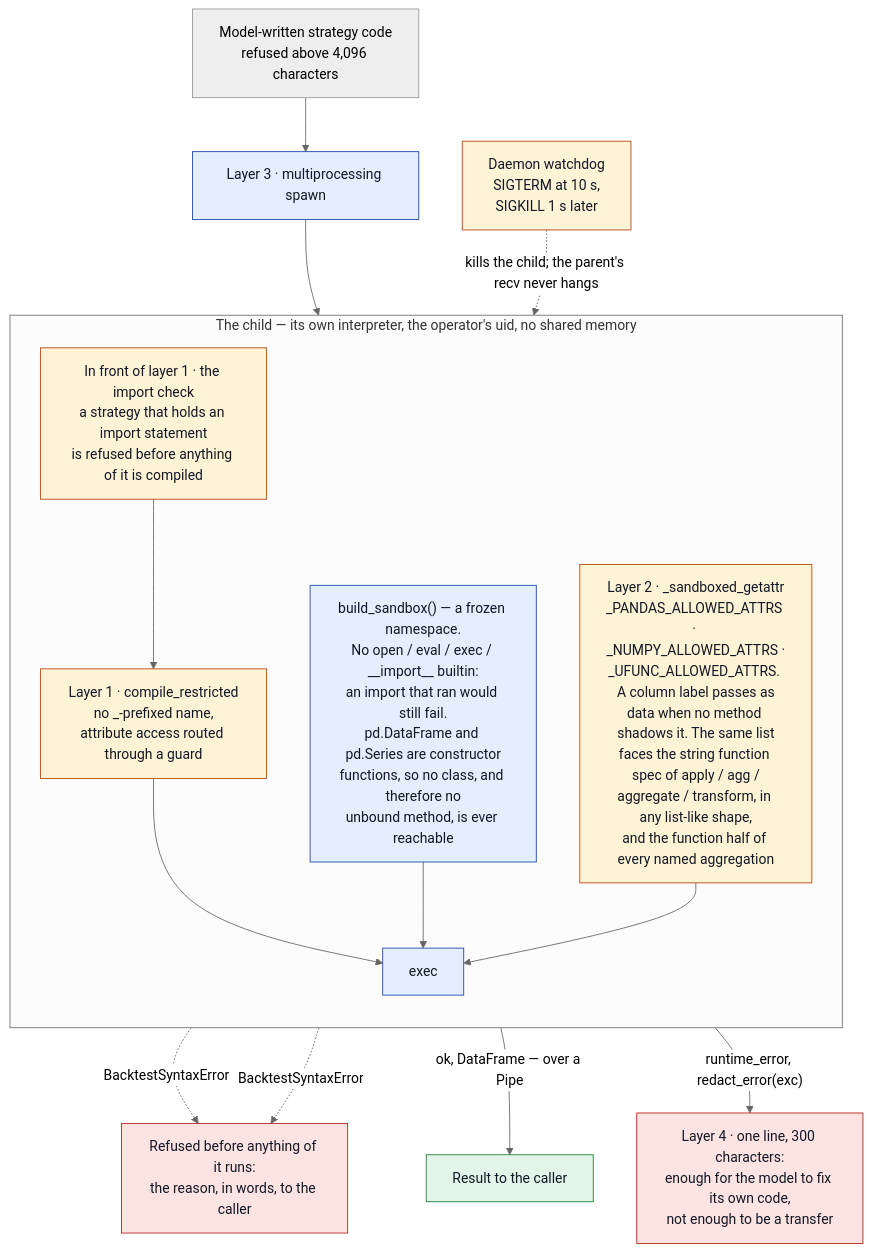
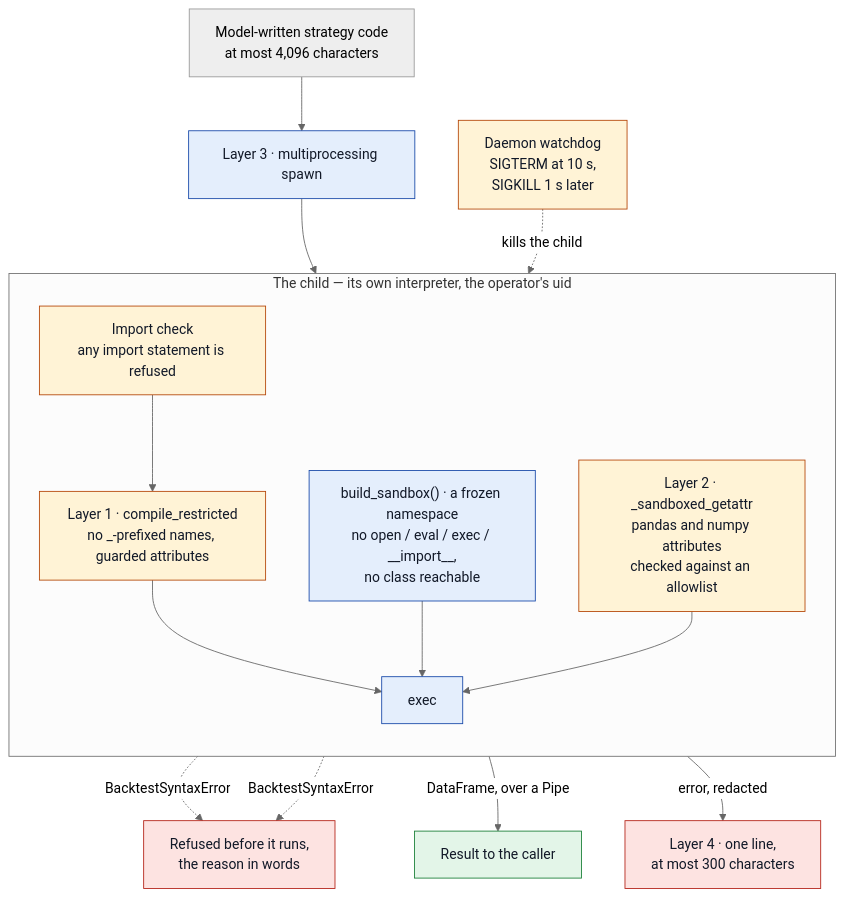
Before and after one commit to stephus182/ibkr_core_mcp: the third of 5 diagrams in docs/security-architecture.md, drawn with Mermaid (neutral theme).

Commit message:
docs(security): shorter labels in the § 6.3 sandbox diagram
The owner's look at the diagram on GitHub (B2a, Task 22 Step 3): conceptually
good, but the boxes were too wordy. Label text goes from 1,312 characters on 38
lines to 671 on 28. The labels, arrows, colours and layout are unchanged; only
ten label lines differ.

Nothing the document says is lost: every detail taken out of a box is in § 6.3's
numbered list above the diagram. Two shortenings were corrected before the owner
saw them: "no _ names" is "no _-prefixed names" again, and Layer 2 says "checked
against an allowlist", not "only", because a DataFrame column label passes as
data when no method shadows it.

````diff
--- a/docs/security-architecture.md
+++ b/docs/security-architecture.md
@@ -360,36 +360,36 @@
 ```mermaid
 flowchart TB
     classDef guard fill:#fff3d6,stroke:#b54708,color:#111827
     classDef proc fill:#e4eefc,stroke:#1849a9,color:#111827
     classDef out fill:#e3f5e8,stroke:#1a7f37,color:#111827
     classDef stop fill:#fde3e1,stroke:#b42318,color:#111827
 
-    CODE["Model-written strategy code<br/>refused above 4,096 characters"]
+    CODE["Model-written strategy code<br/>at most 4,096 characters"]
     SPAWN["Layer 3 · multiprocessing spawn"]
     CODE --> SPAWN
 
-    subgraph CHILD["The child — its own interpreter, the operator's uid, no shared memory"]
+    subgraph CHILD["The child — its own interpreter, the operator's uid"]
         direction TB
-        IM["In front of layer 1 · the import check<br/>a strategy that holds an import statement<br/>is refused before anything of it is compiled"]
-        CR["Layer 1 · compile_restricted<br/>no _-prefixed name,<br/>attribute access routed through a guard"]
-        NS["build_sandbox() — a frozen namespace.<br/>No open / eval / exec / __import__ builtin:<br/>an import that ran would still fail.<br/>pd.DataFrame and pd.Series are constructor<br/>functions, so no class, and therefore no<br/>unbound method, is ever reachable"]
-        GA["Layer 2 · _sandboxed_getattr<br/>_PANDAS_ALLOWED_ATTRS · _NUMPY_ALLOWED_ATTRS ·<br/>_UFUNC_ALLOWED_ATTRS. A column label passes as<br/>data when no method shadows it. The same list<br/>faces the string function spec of apply / agg /<br/>aggregate / transform, in any list-like shape,<br/>and the function half of every named aggregation"]
+        IM["Import check<br/>any import statement is refused"]
+        CR["Layer 1 · compile_restricted<br/>no _-prefixed names, guarded attributes"]
+        NS["build_sandbox() · a frozen namespace<br/>no open / eval / exec / __import__,<br/>no class reachable"]
+        GA["Layer 2 · _sandboxed_getattr<br/>pandas and numpy attributes<br/>checked against an allowlist"]
         EX["exec"]
         IM --> CR
         CR --> EX
         NS --> EX
         GA --> EX
     end
 
     SPAWN --> IM
-    IM -. "BacktestSyntaxError" .-> SYN["Refused before anything of it runs:<br/>the reason, in words, to the caller"]
+    IM -. "BacktestSyntaxError" .-> SYN["Refused before it runs,<br/>the reason in words"]
     CR -. "BacktestSyntaxError" .-> SYN
-    WD["Daemon watchdog<br/>SIGTERM at 10 s,<br/>SIGKILL 1 s later"] -. "kills the child; the parent's recv never hangs" .-> CHILD
-    EX -- "ok, DataFrame — over a Pipe" --> RES["Result to the caller"]
-    EX -- "runtime_error, redact_error(exc)" --> ERR["Layer 4 · one line, 300 characters:<br/>enough for the model to fix its own code,<br/>not enough to be a transfer"]
+    WD["Daemon watchdog<br/>SIGTERM at 10 s,<br/>SIGKILL 1 s later"] -. "kills the child" .-> CHILD
+    EX -- "DataFrame, over a Pipe" --> RES["Result to the caller"]
+    EX -- "error, redacted" --> ERR["Layer 4 · one line,<br/>at most 300 characters"]
 
     class IM,CR,GA,WD guard
     class SPAWN,NS,EX proc
     class RES out
     class ERR,SYN stop
 ```
````
